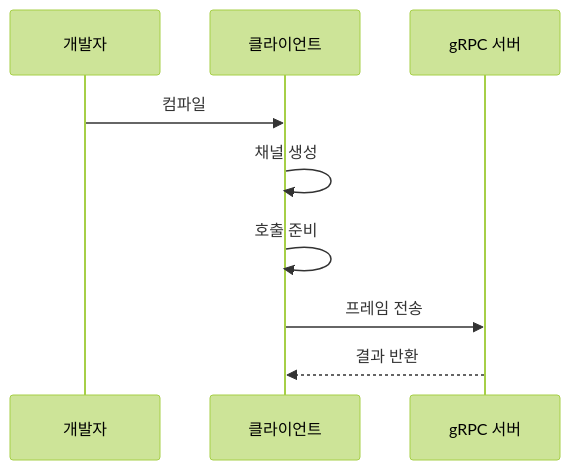
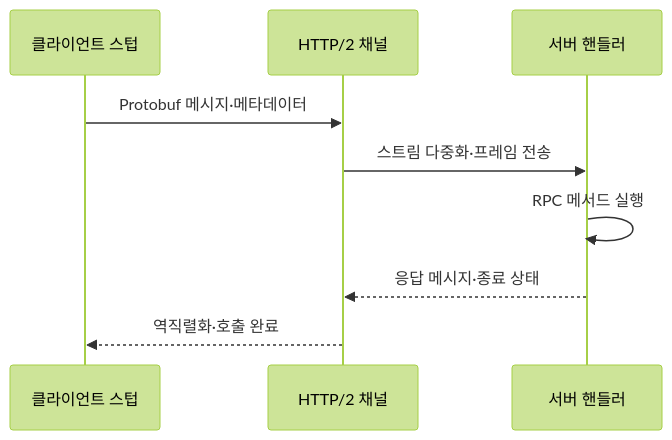
The second of 2 diagrams in src/content/docs/notes/03-software/173_grpc.md (agnusdei1207/knowledge-base), drawn with Mermaid (forest theme) before and after one commit. The commit also changed other lines of this file and 10 other files, not shown here.

````diff
--- a/src/content/docs/notes/03-software/173_grpc.md
+++ b/src/content/docs/notes/03-software/173_grpc.md
@@ -85,11 +85,11 @@
 ```mermaid
 sequenceDiagram
-    participant D as 개발자
-    participant C as 클라이언트
-    participant S as gRPC 서버
-    D->>C: 컴파일
-    C->>C: 채널 생성
-    C->>C: 호출 준비
-    C->>S: 프레임 전송
-    S-->>C: 결과 반환
+    participant C as 클라이언트 스텁
+    participant H as HTTP/2 채널
+    participant S as 서버 핸들러
+    C->>H: Protobuf 메시지·메타데이터
+    H->>S: 스트림 다중화·프레임 전송
+    S->>S: RPC 메서드 실행
+    S-->>H: 응답 메시지·종료 상태
+    H-->>C: 역직렬화·호출 완료
 ```
````
